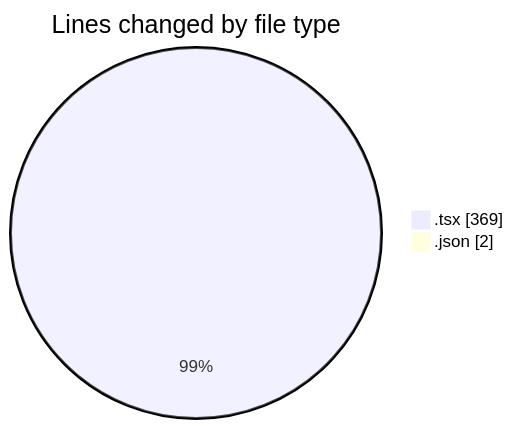
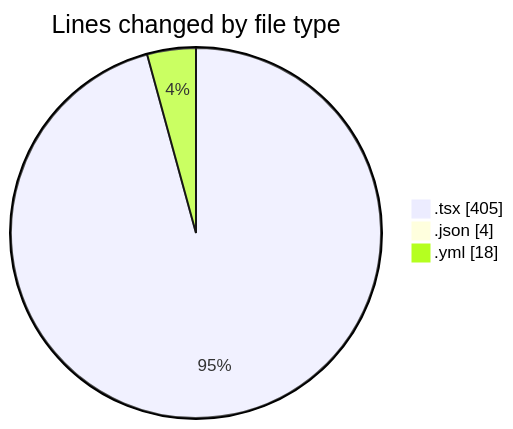
One commit to julien-gomy/code-tracking changed the first of 2 diagrams in 2025-11-27/eventscop-frontend-guide__workspace_/README.md. Above: the diagram before and after it, drawn with Mermaid. The commit also changed other lines of this file and 1 other file, not shown here.

````diff
--- a/2025-11-27/eventscop-frontend-guide__workspace_/README.md
+++ b/2025-11-27/eventscop-frontend-guide__workspace_/README.md
@@ -25,6 +26,7 @@
 ```mermaid
 pie showData
 title Lines changed by file type
-".tsx" : 369
-".json" : 2
+".tsx" : 405
+".json" : 4
+".yml" : 18
 ```
````
